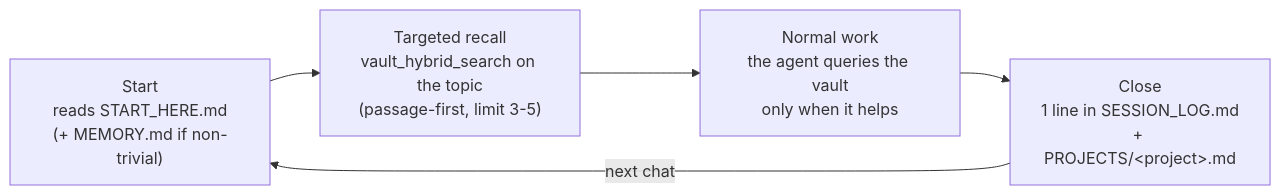
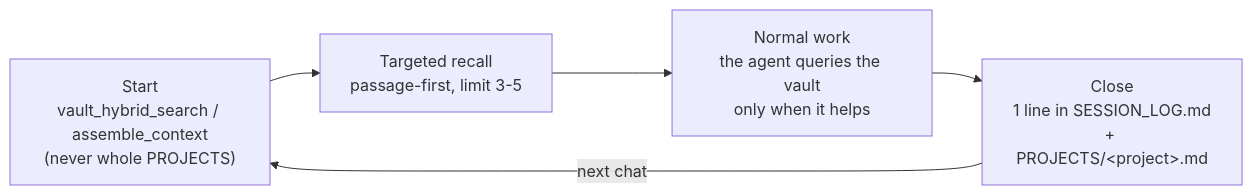
One commit to Vahlame/create-vkm-kit changed the first of 2 diagrams in docs/en/usage.md. Above: the diagram before and after it, drawn with Mermaid. The commit also changed 101 other files, not shown here.

````diff
--- a/docs/en/usage.md
+++ b/docs/en/usage.md
@@ -18,7 +18,7 @@
 ```mermaid
 flowchart LR
-  A["Start<br>reads START_HERE.md<br>(+ MEMORY.md if non-trivial)"] --> B["Targeted recall<br>vault_hybrid_search on the topic<br>(passage-first, limit 3-5)"]
+  A["Start<br>vault_hybrid_search / assemble_context<br>(never whole PROJECTS)"] --> B["Targeted recall<br>passage-first, limit 3-5"]
   B --> C["Normal work<br>the agent queries the vault<br>only when it helps"]
   C --> D["Close<br>1 line in SESSION_LOG.md<br>+ PROJECTS/&lt;project&gt;.md"]
   D -->|"next chat"| A
 ```
````
